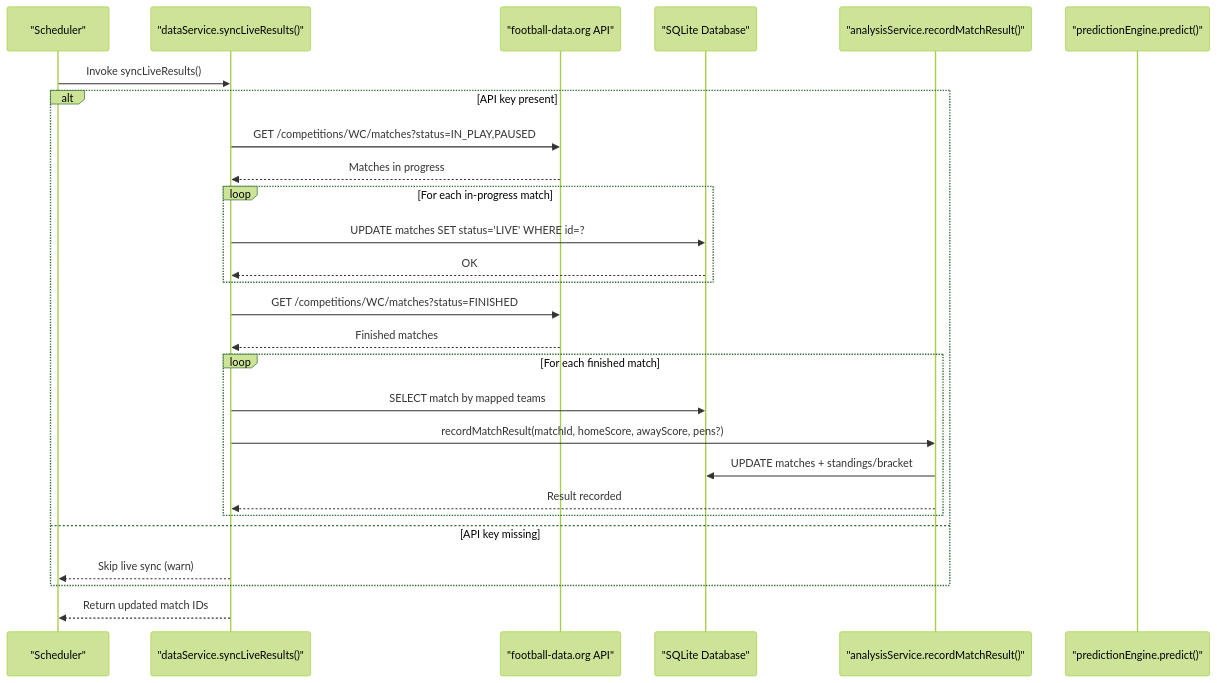
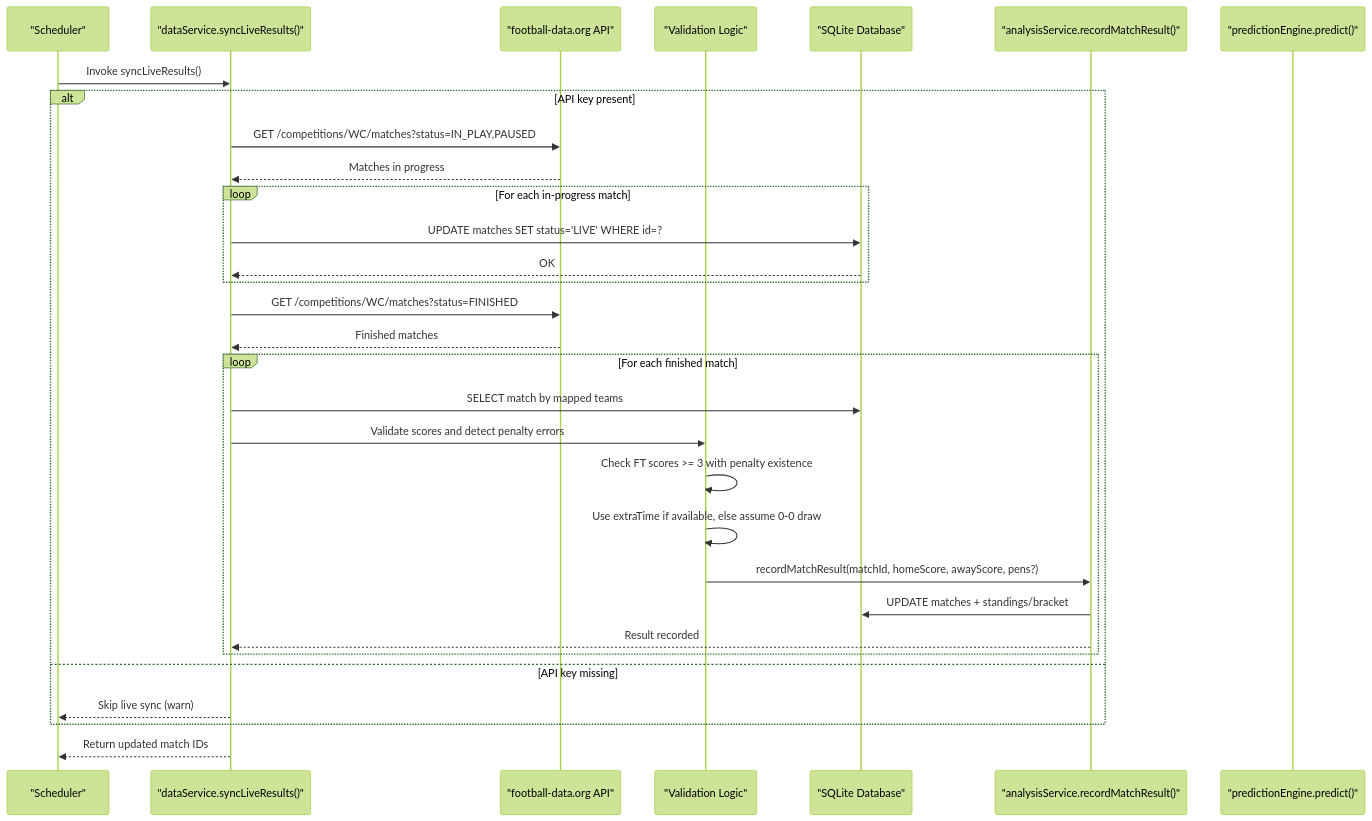
One commit to cheesiong/WC26-qwen changed the second of 8 diagrams in .qoder/repowiki/en/content/Data Services/Live Data Integration.md. Above: the diagram before and after it, drawn with Mermaid (forest theme). The commit also changed other lines of this file and 30 other files, not shown here.

````diff
--- a/.qoder/repowiki/en/content/Data Services/Live Data Integration.md
+++ b/.qoder/repowiki/en/content/Data Services/Live Data Integration.md
@@ -109,29 +118,33 @@
 ```mermaid
 sequenceDiagram
 participant Cron as "Scheduler"
 participant DS as "dataService.syncLiveResults()"
 participant API as "football-data.org API"
+participant Validator as "Validation Logic"
 participant DB as "SQLite Database"
 participant AS as "analysisService.recordMatchResult()"
 participant PE as "predictionEngine.predict()"
 Cron->>DS : Invoke syncLiveResults()
 alt API key present
 DS->>API : GET /competitions/WC/matches?status=IN_PLAY,PAUSED
 API-->>DS : Matches in progress
 loop For each in-progress match
 DS->>DB : UPDATE matches SET status='LIVE' WHERE id=?
 DB-->>DS : OK
 end
 DS->>API : GET /competitions/WC/matches?status=FINISHED
 API-->>DS : Finished matches
 loop For each finished match
 DS->>DB : SELECT match by mapped teams
-DS->>AS : recordMatchResult(matchId, homeScore, awayScore, pens?)
+DS->>Validator : Validate scores and detect penalty errors
+Validator->>Validator : Check FT scores >= 3 with penalty existence
+Validator->>Validator : Use extraTime if available, else assume 0-0 draw
+Validator->>AS : recordMatchResult(matchId, homeScore, awayScore, pens?)
 AS->>DB : UPDATE matches + standings/bracket
 AS-->>DS : Result recorded
 end
 else API key missing
 DS-->>Cron : Skip live sync (warn)
 end
 DS-->>Cron : Return updated match IDs
 ```
````
